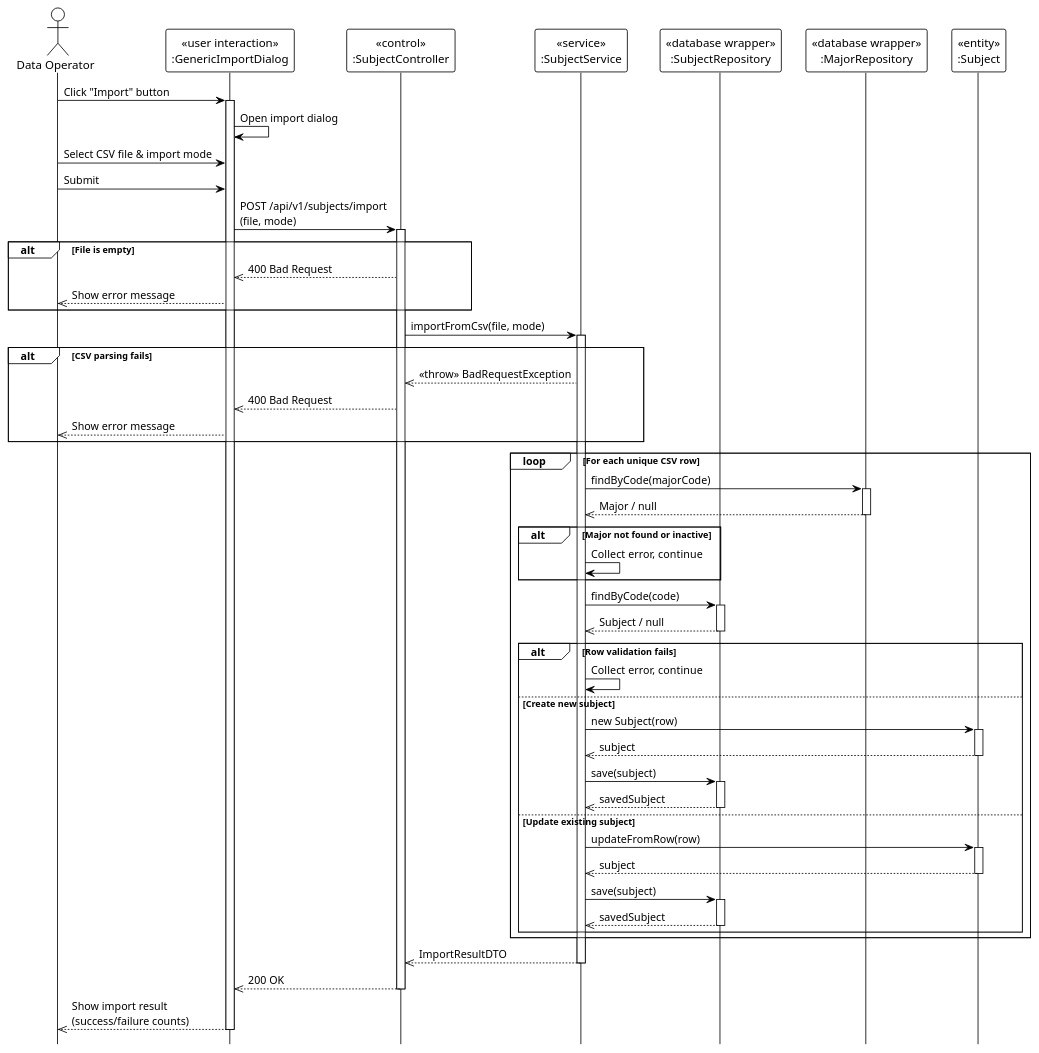
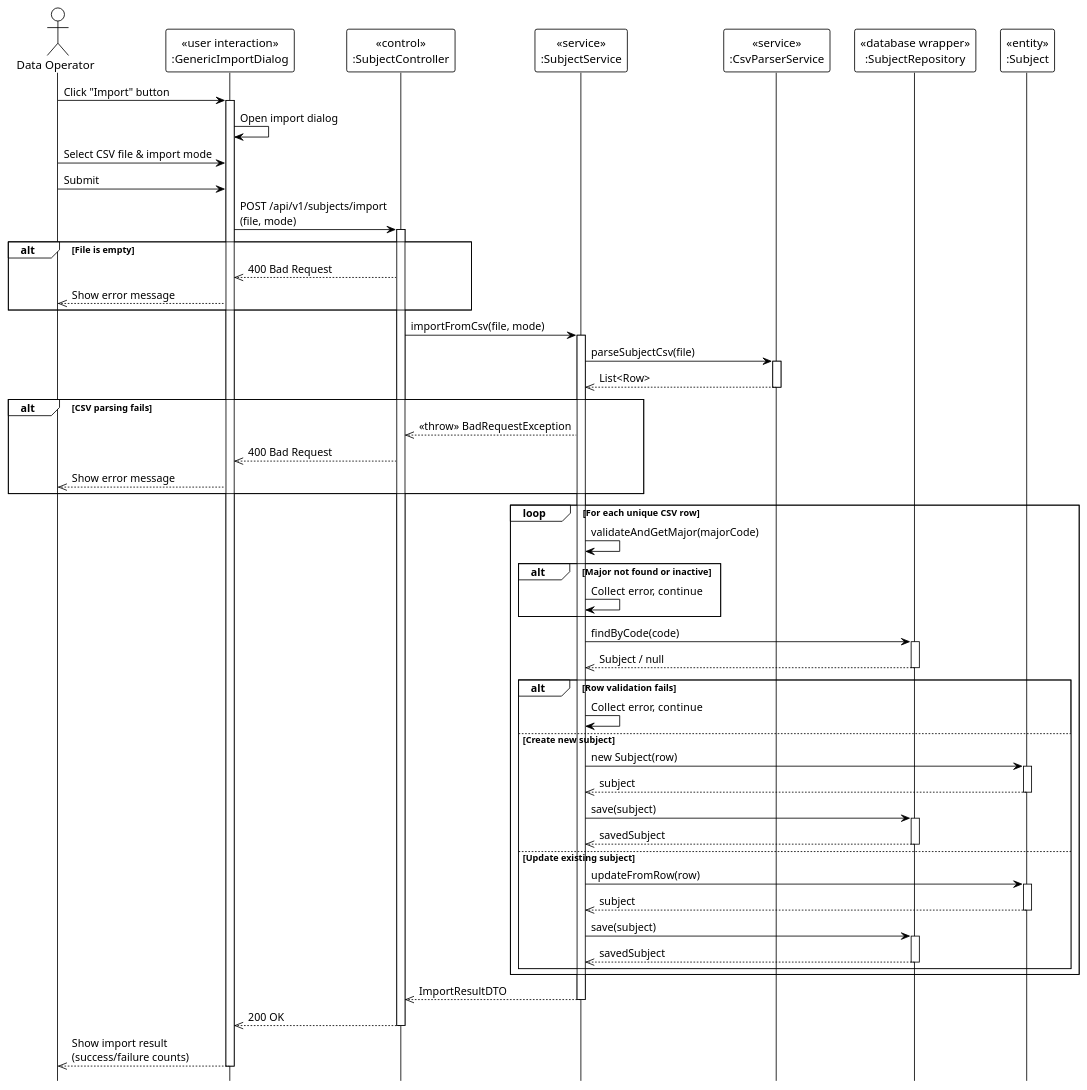
One commit to Ndh474/context changed the diagram in system_detailed_design/22_import_csv_subject/sequence_diagram_import_csv_subject.puml. Above: the diagram before and after it, drawn with PlantUML. The commit also changed 12 other files, not shown here.

Commit message:
docs: Add detailed design sequence diagrams for slot, class, and subject management operations.

```diff
--- a/system_detailed_design/22_import_csv_subject/sequence_diagram_import_csv_subject.puml
+++ b/system_detailed_design/22_import_csv_subject/sequence_diagram_import_csv_subject.puml
@@ -1,92 +1,94 @@
 @startuml import_csv_subject
 !theme plain
 hide footbox
 
 actor "Data Operator" as DataOperator
 
 participant "«user interaction»\n:GenericImportDialog" as UI
 participant "«control»\n:SubjectController" as Controller
 participant "«service»\n:SubjectService" as Service
+participant "«service»\n:CsvParserService" as CsvParser
 participant "«database wrapper»\n:SubjectRepository" as Repository
-participant "«database wrapper»\n:MajorRepository" as MajorRepository
 participant "«entity»\n:Subject" as Entity
 
 ' === MAIN FLOW ===
 DataOperator -> UI: Click "Import" button
 activate UI
 
 UI -> UI: Open import dialog
 
 DataOperator -> UI: Select CSV file & import mode
 
 DataOperator -> UI: Submit
 UI -> Controller: POST /api/v1/subjects/import\n(file, mode)
 activate Controller
 
 alt File is empty
     Controller -->> UI: 400 Bad Request
     UI -->> DataOperator: Show error message
 end
 
 Controller -> Service: importFromCsv(file, mode)
 activate Service
 
 ' === PARSE CSV ===
+Service -> CsvParser: parseSubjectCsv(file)
+activate CsvParser
+CsvParser -->> Service: List<Row>
+deactivate CsvParser
+
 alt CSV parsing fails
     Service -->> Controller: <<throw>> BadRequestException
     Controller -->> UI: 400 Bad Request
     UI -->> DataOperator: Show error message
 end
 
 ' === BATCH PROCESSING ===
 loop For each unique CSV row
-    ' === LOOKUP MAJORS BY CODE ===
-    Service -> MajorRepository: findByCode(majorCode)
-    activate MajorRepository
-    MajorRepository -->> Service: Major / null
-    deactivate MajorRepository
-
+    ' === LOOKUP MAJORS (Internal) ===
+    Service -> Service: validateAndGetMajor(majorCode)
+    
     alt Major not found or inactive
         Service -> Service: Collect error, continue
     end
 
     Service -> Repository: findByCode(code)
     activate Repository
     Repository -->> Service: Subject / null
     deactivate Repository
 
     alt Row validation fails
         Service -> Service: Collect error, continue
     else Create new subject
         Service -> Entity: new Subject(row)
         activate Entity
         Entity -->> Service: subject
         deactivate Entity
 
         Service -> Repository: save(subject)
         activate Repository
         Repository -->> Service: savedSubject
         deactivate Repository
     else Update existing subject
         Service -> Entity: updateFromRow(row)
         activate Entity
         Entity -->> Service: subject
         deactivate Entity
 
         Service -> Repository: save(subject)
         activate Repository
         Repository -->> Service: savedSubject
         deactivate Repository
     end
 end
 
 Service -->> Controller: ImportResultDTO
 deactivate Service
 
 Controller -->> UI: 200 OK
 deactivate Controller
 
 UI -->> DataOperator: Show import result\n(success/failure counts)
 deactivate UI
 
 @enduml
```
